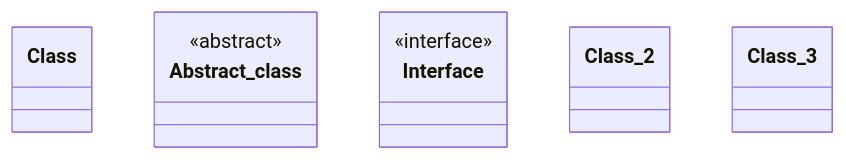
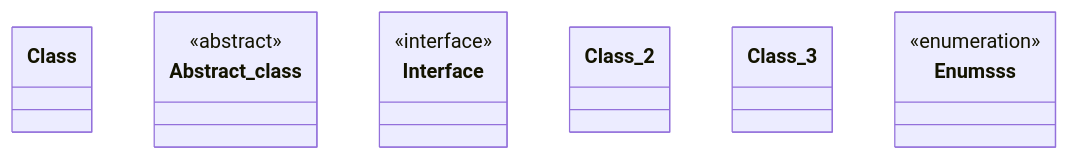
Before and after one commit to saiphanindra1010/arch_diagram_demo: the diagram in mermade/ddddd.md, drawn with Mermaid.

Commit message:
mermade: save sssssssddddddddhh

````diff
--- a/mermade/ddddd.md
+++ b/mermade/ddddd.md
@@ -3,13 +3,16 @@
 ```mermaid
 classDiagram
   class Class
   class Abstract_class {
     <<abstract>>
   }
   class Interface {
     <<interface>>
   }
   class Class_2
   class Class_3
-%% mermade:{"v":1,"diagramType":"class","nodes":{"Class":{"x":428.65234375,"y":427.6484375,"w":220,"h":70,"kind":"class","members":[]},"Abstract_class":{"x":1255.140625,"y":197.0625,"w":220,"h":70,"kind":"abstract","members":[],"stereotype":"abstract"},"Interface":{"x":672.453125,"y":219.84765625,"w":220,"h":70,"kind":"interface","members":[],"stereotype":"interface"},"Class_2":{"x":689.19921875,"y":514.87109375,"w":220,"h":70,"kind":"class","members":[]},"Class_3":{"x":341.61328125,"y":254.484375,"w":220,"h":70,"kind":"class","members":[]}},"groups":{},"edges":{}}
+  class Enumsss {
+    <<enumeration>>
+  }
+%% mermade:{"v":1,"diagramType":"class","nodes":{"Class":{"x":428.65234375,"y":427.6484375,"w":220,"h":70,"kind":"class","members":[]},"Abstract_class":{"x":1255.140625,"y":197.0625,"w":220,"h":70,"kind":"abstract","members":[],"stereotype":"abstract"},"Interface":{"x":672.453125,"y":219.84765625,"w":220,"h":70,"kind":"interface","members":[],"stereotype":"interface"},"Class_2":{"x":689.19921875,"y":514.87109375,"w":220,"h":70,"kind":"class","members":[]},"Class_3":{"x":341.61328125,"y":254.484375,"w":220,"h":70,"kind":"class","members":[]},"Enumsss":{"x":1054.8359375,"y":398.11328125,"w":200,"h":70,"kind":"enum","members":[],"stereotype":"enumeration"}},"groups":{},"edges":{}}
 ```
````
